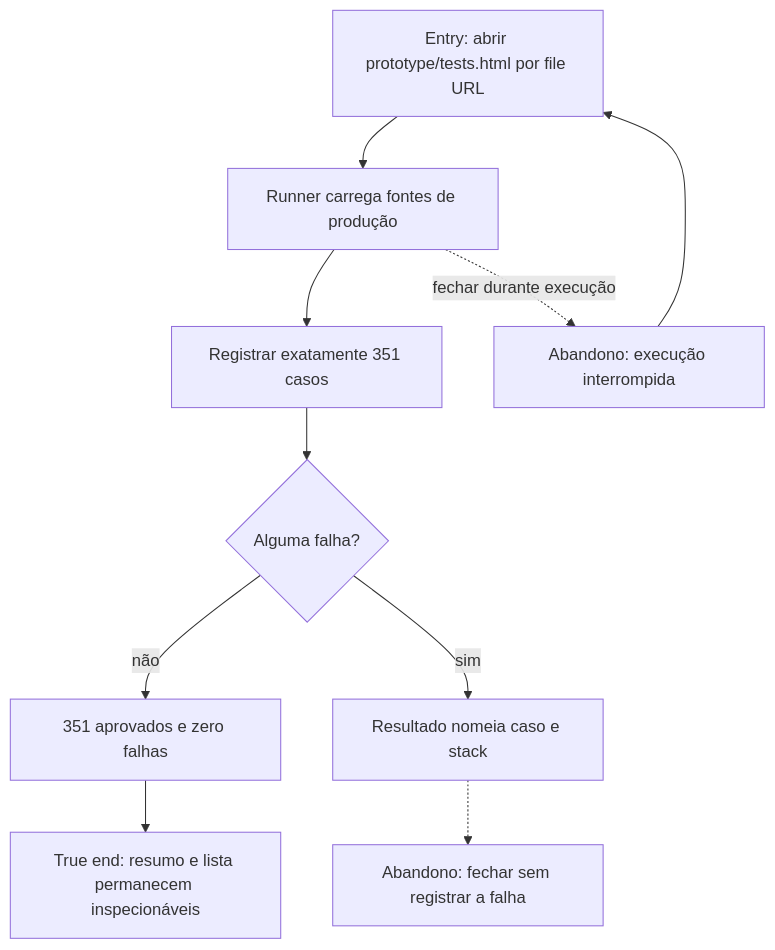
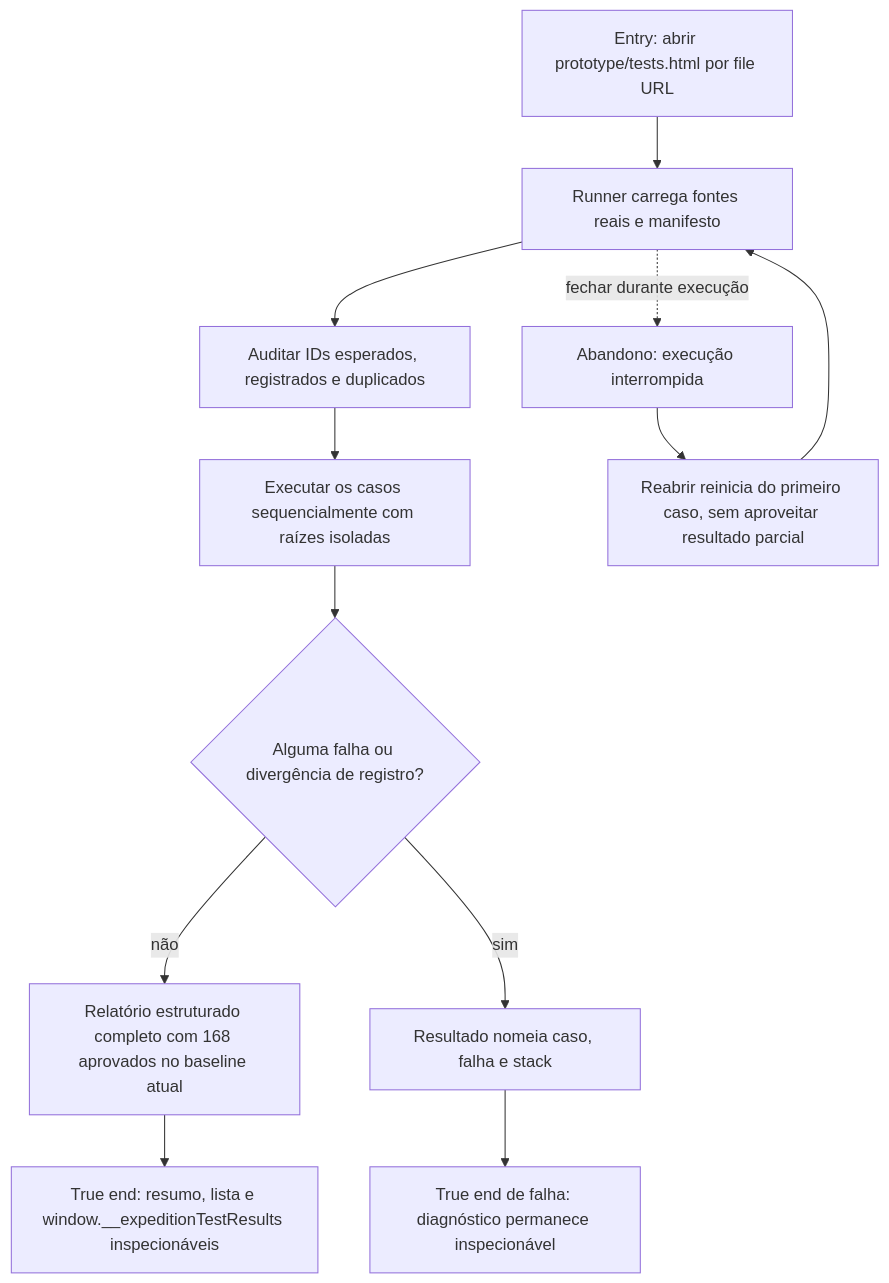
Before and after one commit to edneyreis999/gamejam-vn-terror: the diagram in docs/qa/journeys/J-run-browser-contract.md, drawn with Mermaid. The commit also changed other lines of this file and 231 other files, not shown here.

````diff
--- a/docs/qa/journeys/J-run-browser-contract.md
+++ b/docs/qa/journeys/J-run-browser-contract.md
@@ -3,12 +3,14 @@
 ```mermaid
 flowchart TD
-  A[Entry: abrir prototype/tests.html por file URL] --> B[Runner carrega fontes de produção]
-  B --> C[Registrar exatamente 351 casos]
-  C --> D{Alguma falha?}
-  D -->|não| E[351 aprovados e zero falhas]
-  D -->|sim| F[Resultado nomeia caso e stack]
-  F -.-> X[Abandono: fechar sem registrar a falha]
-  E --> G[True end: resumo e lista permanecem inspecionáveis]
-  B -.->|fechar durante execução| H[Abandono: execução interrompida]
-  H --> A
+  A[Entry: abrir prototype/tests.html por file URL] --> B[Runner carrega fontes reais e manifesto]
+  B --> C[Auditar IDs esperados, registrados e duplicados]
+  C --> D[Executar os casos sequencialmente com raízes isoladas]
+  D --> E{Alguma falha ou divergência de registro?}
+  E -->|não| F[Relatório estruturado completo com 168 aprovados no baseline atual]
+  E -->|sim| G[Resultado nomeia caso, falha e stack]
+  F --> H[True end: resumo, lista e window.__expeditionTestResults inspecionáveis]
+  G --> H2[True end de falha: diagnóstico permanece inspecionável]
+  B -.->|fechar durante execução| X[Abandono: execução interrompida]
+  X --> A2[Reabrir reinicia do primeiro caso, sem aproveitar resultado parcial]
+  A2 --> B
 ```
````
